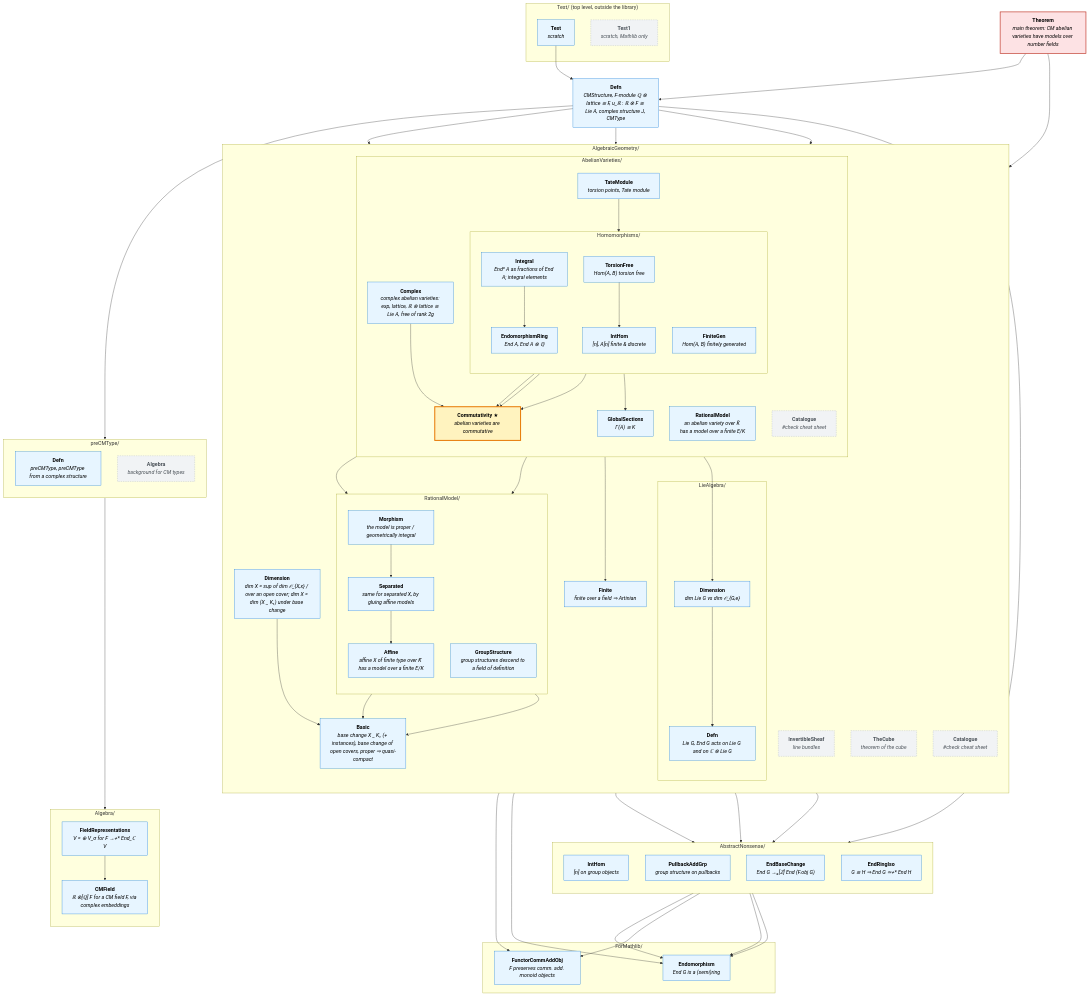
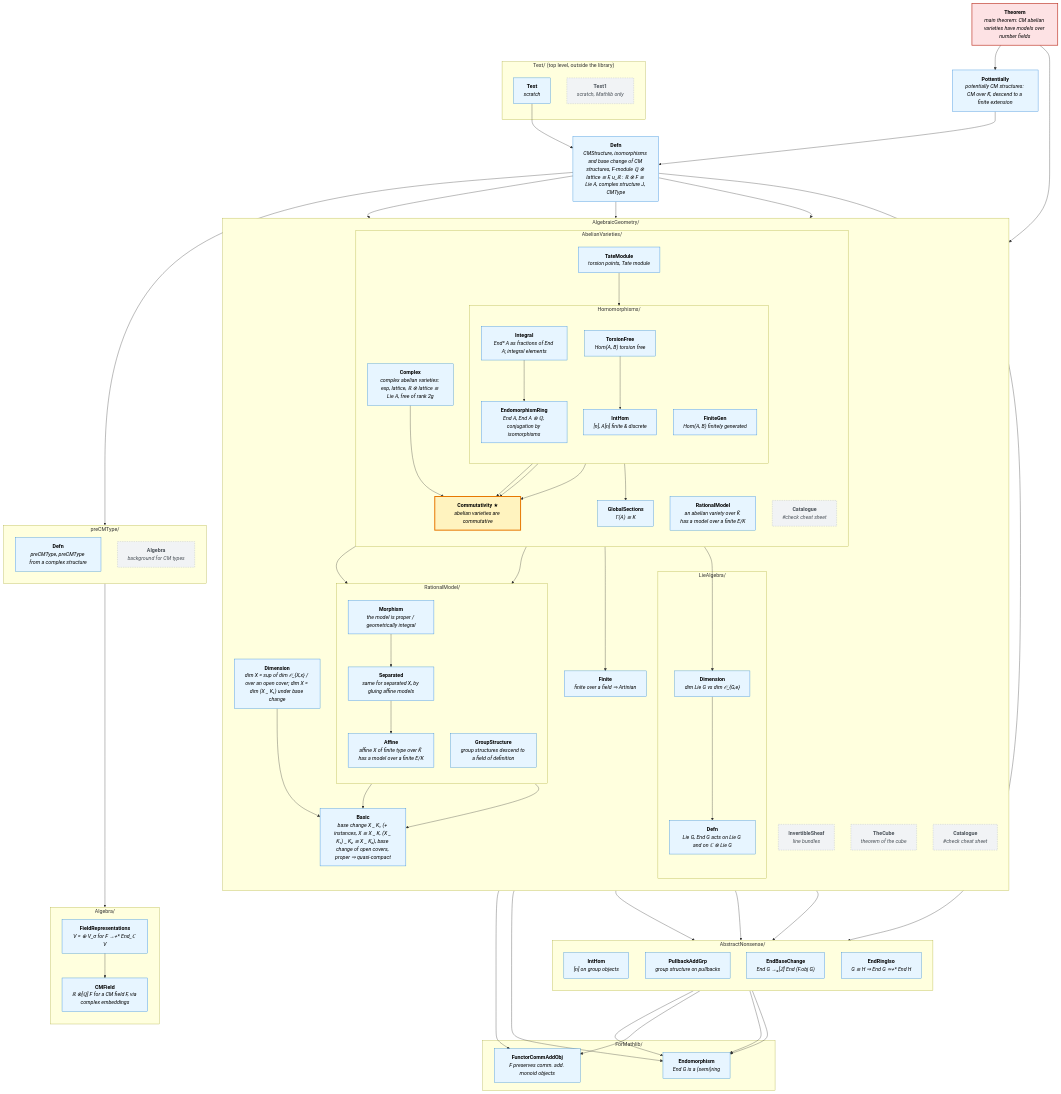
The diagram in MindMap.md (abhijitaj1997/CMAbelianVarieties), drawn with Mermaid before and after one commit. The commit also changed 2 other files, not shown here.

Commit message:
chore: complete end-of-session checklist

````diff
--- a/MindMap.md
+++ b/MindMap.md
@@ -10,7 +10,8 @@
 graph TD
   %% ---------- top level ----------
   Theorem["<b>Theorem</b><br/><i>main theorem: CM abelian varieties have models over number fields</i>"]
-  Defn["<b>Defn</b><br/><i>CMStructure, F-module ℚ ⊗ lattice ≅ F, u_ℝ : ℝ ⊗ F ≅ Lie A, complex structure J, CMType</i>"]
+  Pottentially["<b>Pottentially</b><br/><i>potentially CM structures: CM over K̄, descend to a finite extension</i>"]
+  Defn["<b>Defn</b><br/><i>CMStructure, isomorphisms and base change of CM structures, F-module ℚ ⊗ lattice ≅ F, u_ℝ : ℝ ⊗ F ≅ Lie A, complex structure J, CMType</i>"]
 
   %% ---------- AbstractNonsense ----------
   subgraph AN["AbstractNonsense/"]
@@ -27,7 +28,7 @@
     Finite["<b>Finite</b><br/><i>finite over a field ⇒ Artinian</i>"]
     InvertibleSheaf["<b>InvertibleSheaf</b><br/><i>line bundles</i>"]
     TheCube["<b>TheCube</b><br/><i>theorem of the cube</i>"]
-    AGBasic["<b>Basic</b><br/><i>base change X _ K₁ (+ instances), base change of open covers, proper ⇒ quasi-compact</i>"]
+    AGBasic["<b>Basic</b><br/><i>base change X _ K₁ (+ instances, X ≅ X _ K, (X _ K₁) _ K₂ ≅ X _ K₂), base change of open covers, proper ⇒ quasi-compact</i>"]
     AGDimension["<b>Dimension</b><br/><i>dim X = sup of dim 𝒪_{X,x} / over an open cover; dim X = dim (X _ K₁) under base change</i>"]
     subgraph RM["RationalModel/"]
       direction TB
@@ -51,7 +52,7 @@
       Complex["<b>Complex</b><br/><i>complex abelian varieties: exp, lattice, ℝ ⊗ lattice ≅ Lie A, free of rank 2g</i>"]
       subgraph HOM["Homomorphisms/"]
         direction TB
-        EndomorphismRing["<b>EndomorphismRing</b><br/><i>End A, End A ⊗ ℚ</i>"]
+        EndomorphismRing["<b>EndomorphismRing</b><br/><i>End A, End A ⊗ ℚ, conjugation by isomorphisms</i>"]
         FiniteGen["<b>FiniteGen</b><br/><i>Hom(A, B) finitely generated</i>"]
         TorsionFree["<b>TorsionFree</b><br/><i>Hom(A, B) torsion free</i>"]
         IntHomAV["<b>IntHom</b><br/><i>[n], A[n] finite & discrete</i>"]
@@ -87,7 +88,8 @@
   end
 
   %% ---------- imports ----------
-  Theorem --> Defn
+  Theorem --> Pottentially
+  Pottentially --> Defn
   Theorem --> AVRationalModel
   Defn --> EndomorphismRing
   Defn --> CMDefn
@@ -133,6 +135,6 @@
 
   class Theorem goal
   class Commutativity hub
-  class EndomorphismRing,FiniteGen,IntHomAV,Complex,TorsionFree,TateModule,GlobalSections,IntHomAN,PullbackAddGrp,Finite,Endomorphism,LieAlgebra,CMDefn,Test,AGBasic,AVRationalModel,RMAffine,RMSeparated,RMMorphism,RMGroupStructure,EndBaseChange,FunctorCommAddObj,Defn,EndRingIso,Dimension,Integral,AGDimension,CMField,FieldRepresentations connected
+  class EndomorphismRing,FiniteGen,IntHomAV,Complex,TorsionFree,TateModule,GlobalSections,IntHomAN,PullbackAddGrp,Finite,Endomorphism,LieAlgebra,CMDefn,Test,AGBasic,AVRationalModel,RMAffine,RMSeparated,RMMorphism,RMGroupStructure,EndBaseChange,FunctorCommAddObj,Defn,Pottentially,EndRingIso,Dimension,Integral,AGDimension,CMField,FieldRepresentations connected
   class AVCatalogue,InvertibleSheaf,TheCube,AGCatalogue,CMAlgebra,Test1 unused
 ```
````
